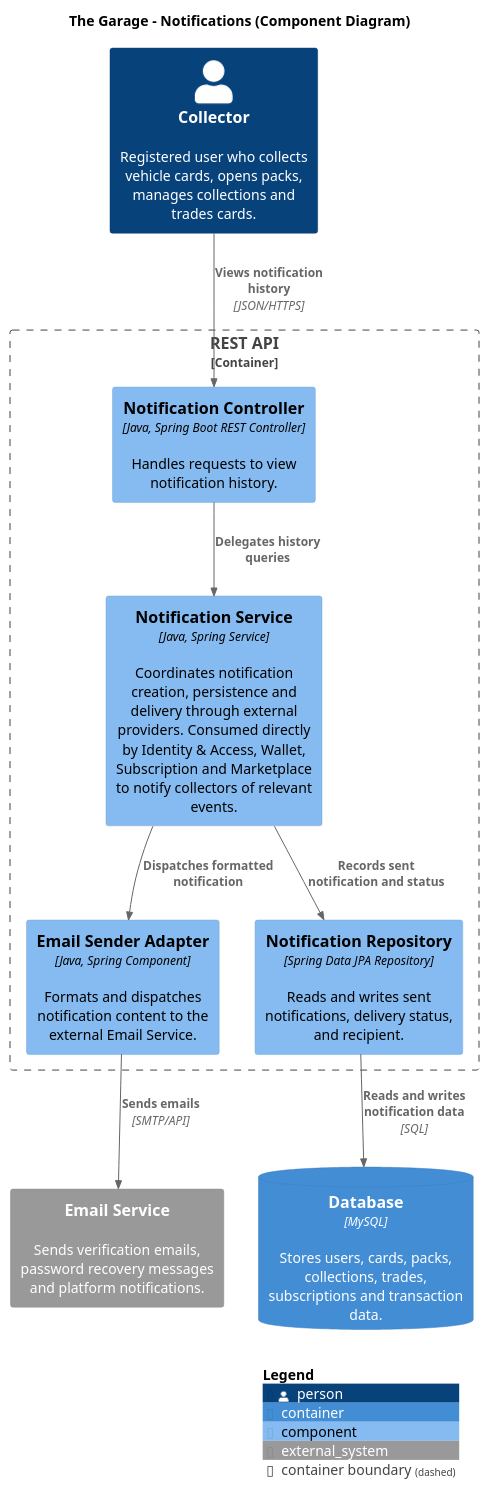
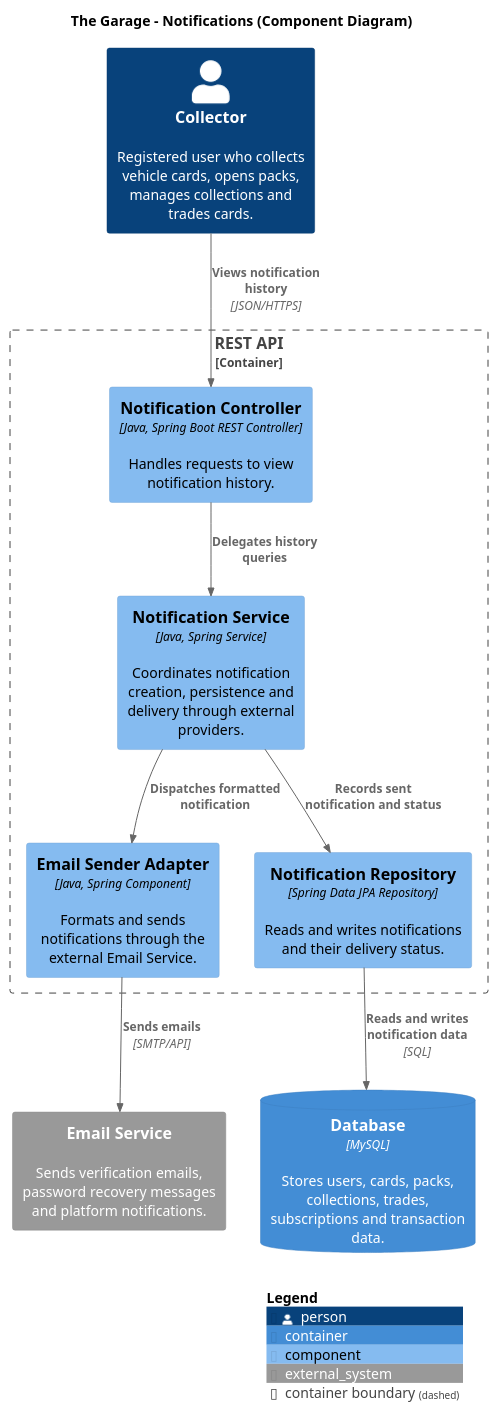
The diagram in diagrams/ComponentDiagrams/Notifications-ComponentDiagram.puml (the-garage-studio/the-garage-c4-model-design), drawn with PlantUML before and after one commit. The commit also changed 7 other files, not shown here.

Commit message:
feat: update the components diagrams

```diff
--- a/diagrams/ComponentDiagrams/Notifications-ComponentDiagram.puml
+++ b/diagrams/ComponentDiagrams/Notifications-ComponentDiagram.puml
@@ -1,36 +1,36 @@
 @startuml Notifications-ComponentDiagram
 !include https://raw.githubusercontent.com/plantuml-stdlib/C4-PlantUML/master/C4_Component.puml
 
 LAYOUT_WITH_LEGEND()
 
 title The Garage - Notifications (Component Diagram)
 
 Person(collector, "Collector", "Registered user who collects vehicle cards, opens packs, manages collections and trades cards.")
 
 System_Ext(email, "Email Service", "Sends verification emails, password recovery messages and platform notifications.")
 
 Container_Boundary(api, "REST API") {
 
     Component(notification_controller, "Notification Controller", "Java, Spring Boot REST Controller", "Handles requests to view notification history.")
 
-    Component(notification_service, "Notification Service", "Java, Spring Service", "Coordinates notification creation, persistence and delivery through external providers. Consumed directly by Identity & Access, Wallet, Subscription and Marketplace to notify collectors of relevant events.")
-    Component(email_sender_adapter, "Email Sender Adapter", "Java, Spring Component", "Formats and dispatches notification content to the external Email Service.")
+    Component(notification_service, "Notification Service", "Java, Spring Service", "Coordinates notification creation, persistence and delivery through external providers.")
+    Component(email_sender_adapter, "Email Sender Adapter", "Java, Spring Component", "Formats and sends notifications through the external Email Service.")
 
-    Component(notification_repository, "Notification Repository", "Spring Data JPA Repository", "Reads and writes sent notifications, delivery status, and recipient.")
+    Component(notification_repository, "Notification Repository", "Spring Data JPA Repository", "Reads and writes notifications and their delivery status.")
 }
 
 ContainerDb(database, "Database", "MySQL", "Stores users, cards, packs, collections, trades, subscriptions and transaction data.")
 
 Rel(collector, notification_controller, "Views notification history", "JSON/HTTPS")
 
 Rel(notification_controller, notification_service, "Delegates history queries")
 
 Rel(notification_service, email_sender_adapter, "Dispatches formatted notification")
 Rel(notification_service, notification_repository, "Records sent notification and status")
 
 Rel(email_sender_adapter, email, "Sends emails", "SMTP/API")
 
 Rel(notification_repository, database, "Reads and writes notification data", "SQL")
 
 SHOW_LEGEND()
 @enduml
```
